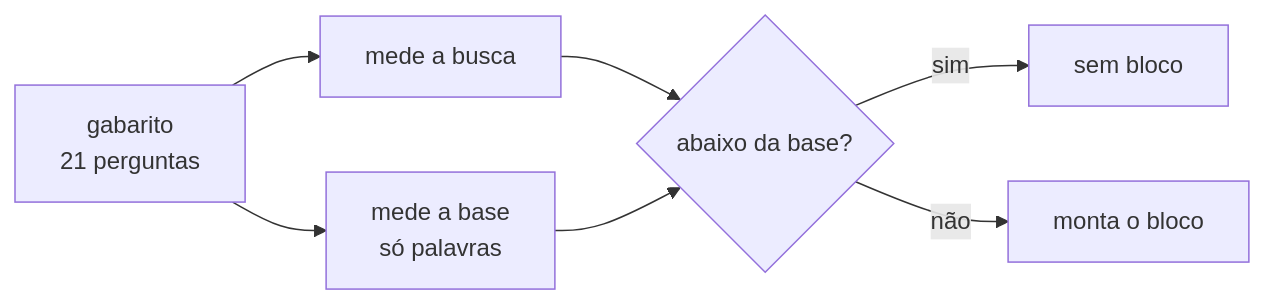
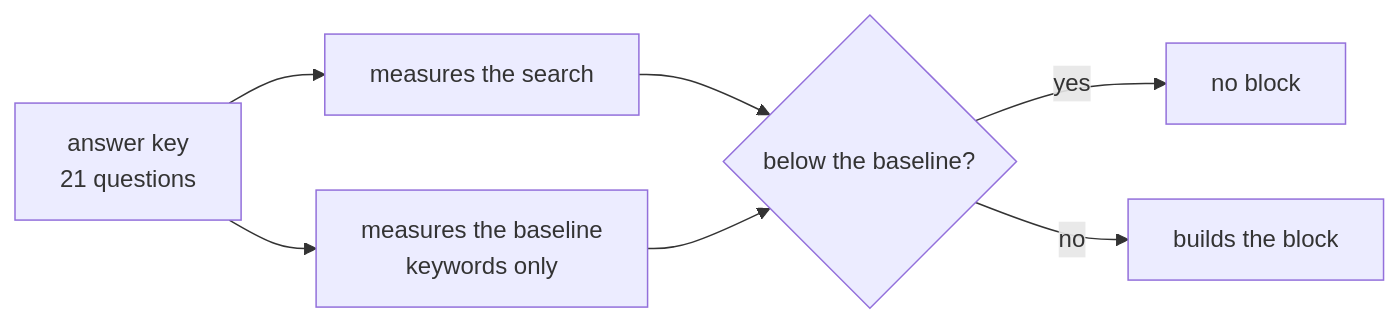
The diagram in docs/tasks/en/E6-project-memory/FAB-605-evaluate-search-quality.md (enzoconsulo/factory-tcc), drawn with Mermaid before and after one commit. The commit also changed 52 other files, not shown here.

````diff
--- a/docs/tasks/en/E6-project-memory/FAB-605-evaluate-search-quality.md
+++ b/docs/tasks/en/E6-project-memory/FAB-605-evaluate-search-quality.md
@@ -11,9 +11,9 @@
 ```mermaid
 flowchart LR
-  G["gabarito<br/>21 perguntas"] --> M["mede a busca"]
-  G --> B["mede a base<br/>só palavras"]
-  M --> C{"abaixo da base?"}
+  G["answer key<br/>21 questions"] --> M["measures the search"]
+  G --> B["measures the baseline<br/>keywords only"]
+  M --> C{"below the baseline?"}
   B --> C
-  C -- "sim" --> X["sem bloco"]
-  C -- "não" --> OK["monta o bloco"]
+  C -- "yes" --> X["no block"]
+  C -- "no" --> OK["builds the block"]
 ```
````
